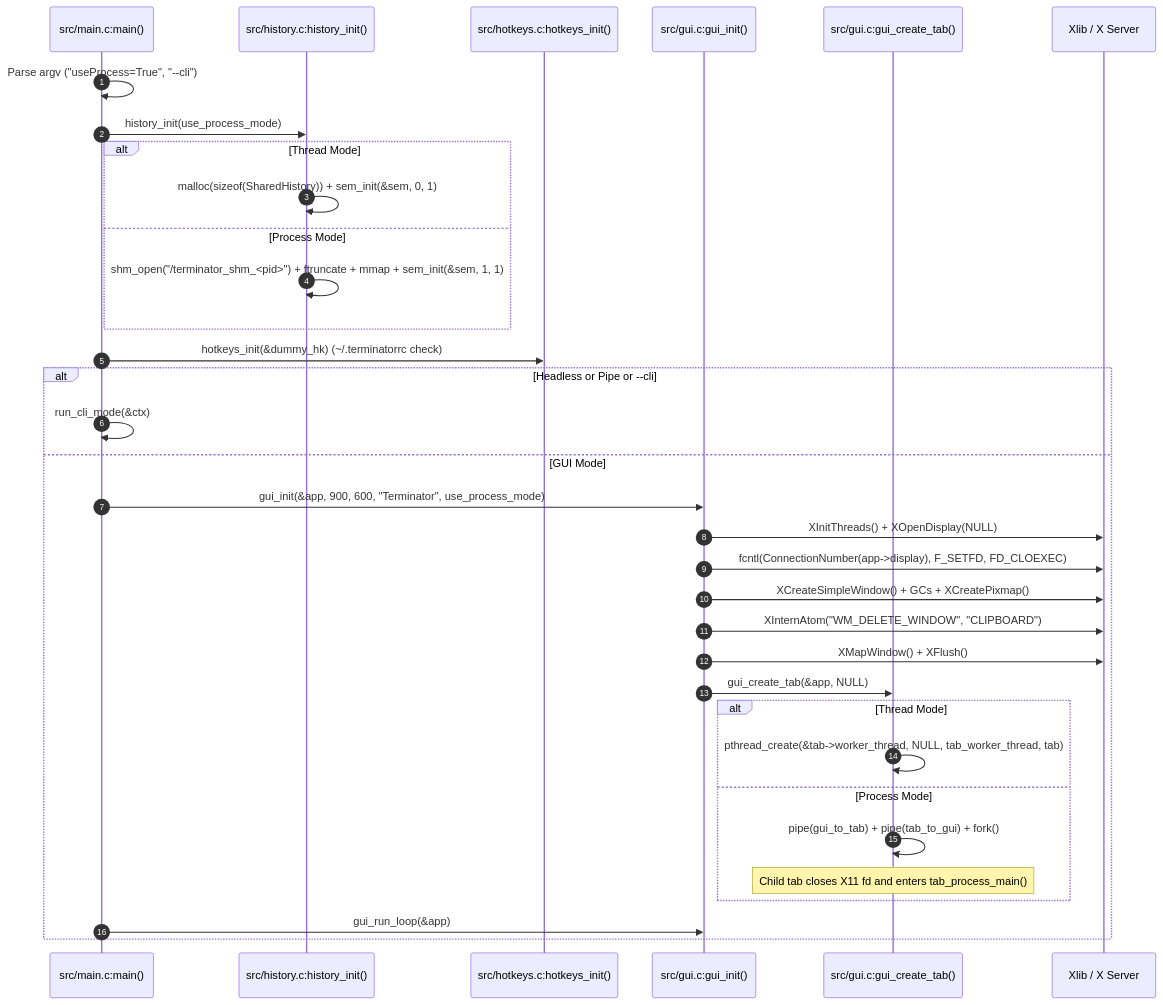
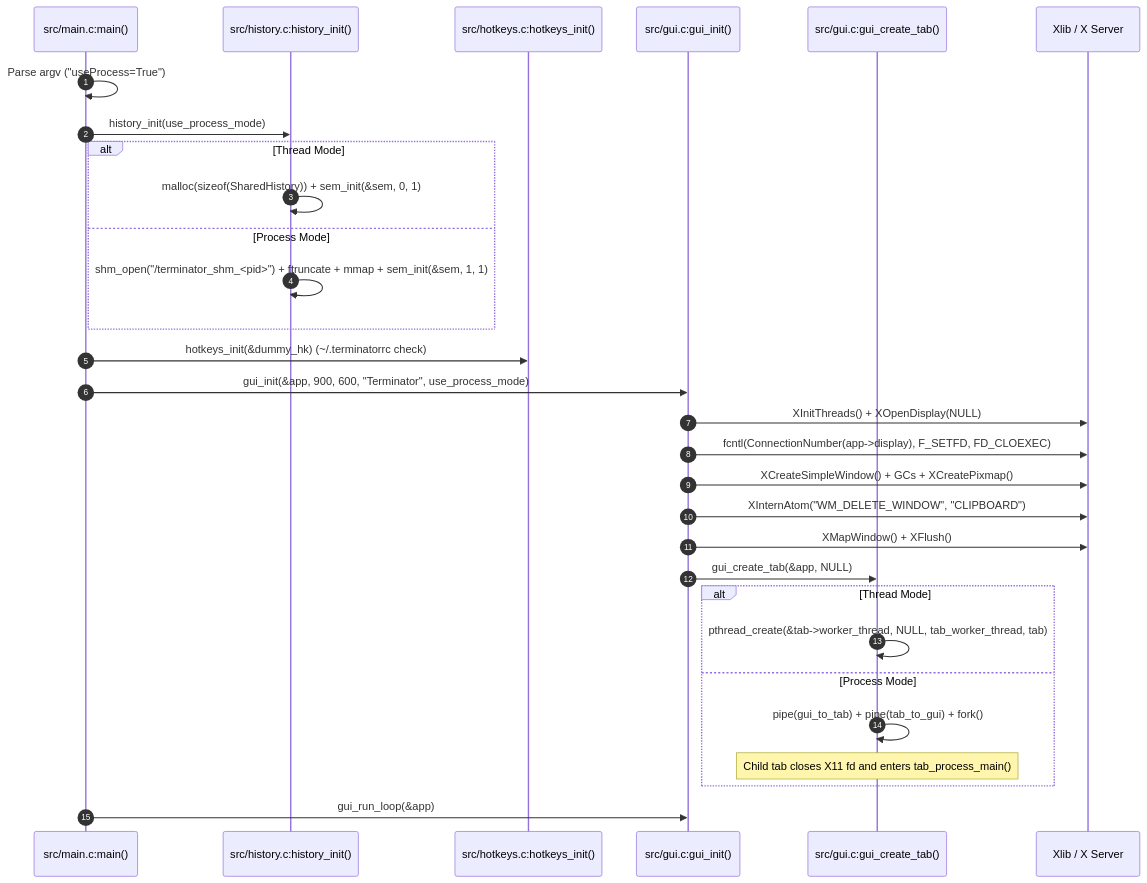
The second of 8 diagrams in DESIGN.md (littleboy3012/Terminator), drawn with Mermaid before and after one commit. The commit also changed other lines of this file and 11 other files, not shown here.

````diff
--- a/DESIGN.md
+++ b/DESIGN.md
@@ -79,37 +79,33 @@
 ```mermaid
 sequenceDiagram
     autonumber
     participant Main as src/main.c:main()
     participant Hist as src/history.c:history_init()
     participant HK as src/hotkeys.c:hotkeys_init()
     participant GUI as src/gui.c:gui_init()
     participant Tab as src/gui.c:gui_create_tab()
     participant X11 as Xlib / X Server
 
-    Main->>Main: Parse argv ("useProcess=True", "--cli")
+    Main->>Main: Parse argv ("useProcess=True")
     Main->>Hist: history_init(use_process_mode)
     alt Thread Mode
         Hist->>Hist: malloc(sizeof(SharedHistory)) + sem_init(&sem, 0, 1)
     else Process Mode
         Hist->>Hist: shm_open("/terminator_shm_<pid>") + ftruncate + mmap + sem_init(&sem, 1, 1)
     end
     Main->>HK: hotkeys_init(&dummy_hk) (~/.terminatorrc check)
-    alt Headless or Pipe or --cli
-        Main->>Main: run_cli_mode(&ctx)
-    else GUI Mode
-        Main->>GUI: gui_init(&app, 900, 600, "Terminator", use_process_mode)
-        GUI->>X11: XInitThreads() + XOpenDisplay(NULL)
-        GUI->>X11: fcntl(ConnectionNumber(app->display), F_SETFD, FD_CLOEXEC)
-        GUI->>X11: XCreateSimpleWindow() + GCs + XCreatePixmap()
-        GUI->>X11: XInternAtom("WM_DELETE_WINDOW", "CLIPBOARD")
-        GUI->>X11: XMapWindow() + XFlush()
-        GUI->>Tab: gui_create_tab(&app, NULL)
-        alt Thread Mode
-            Tab->>Tab: pthread_create(&tab->worker_thread, NULL, tab_worker_thread, tab)
-        else Process Mode
-            Tab->>Tab: pipe(gui_to_tab) + pipe(tab_to_gui) + fork()
-            Note over Tab: Child tab closes X11 fd and enters tab_process_main()
-        end
-        Main->>GUI: gui_run_loop(&app)
+    Main->>GUI: gui_init(&app, 900, 600, "Terminator", use_process_mode)
+    GUI->>X11: XInitThreads() + XOpenDisplay(NULL)
+    GUI->>X11: fcntl(ConnectionNumber(app->display), F_SETFD, FD_CLOEXEC)
+    GUI->>X11: XCreateSimpleWindow() + GCs + XCreatePixmap()
+    GUI->>X11: XInternAtom("WM_DELETE_WINDOW", "CLIPBOARD")
+    GUI->>X11: XMapWindow() + XFlush()
+    GUI->>Tab: gui_create_tab(&app, NULL)
+    alt Thread Mode
+        Tab->>Tab: pthread_create(&tab->worker_thread, NULL, tab_worker_thread, tab)
+    else Process Mode
+        Tab->>Tab: pipe(gui_to_tab) + pipe(tab_to_gui) + fork()
+        Note over Tab: Child tab closes X11 fd and enters tab_process_main()
     end
+    Main->>GUI: gui_run_loop(&app)
 ```
````
